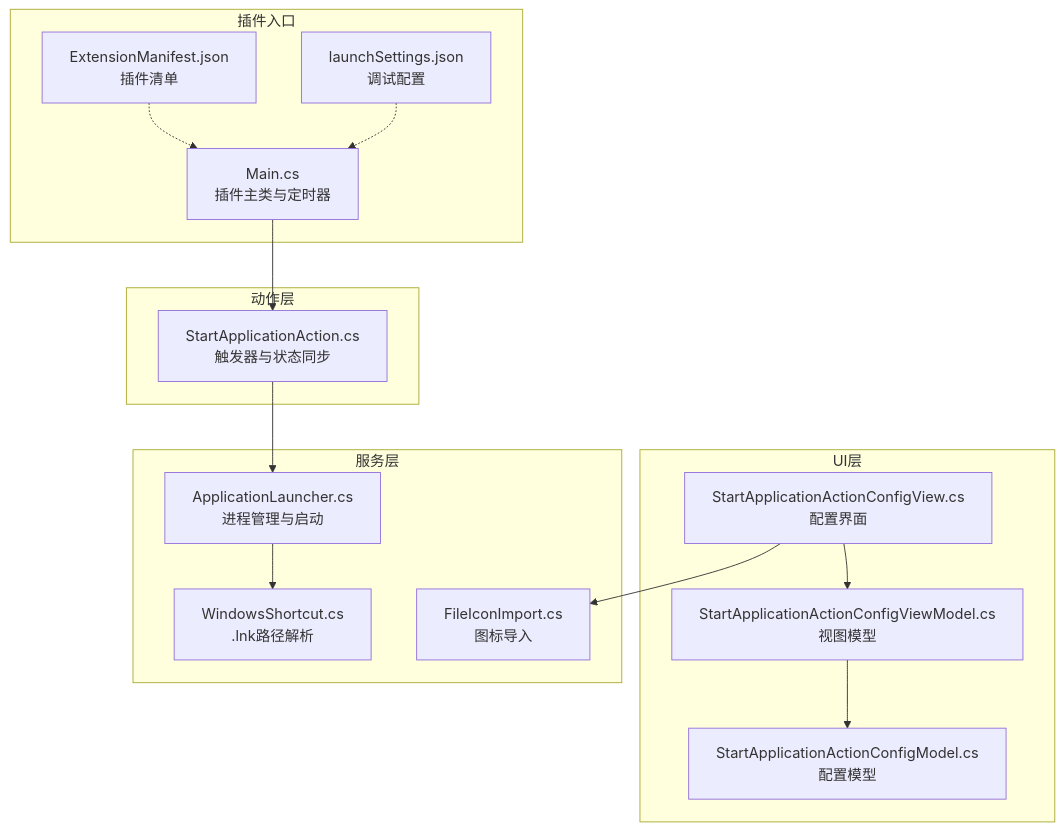
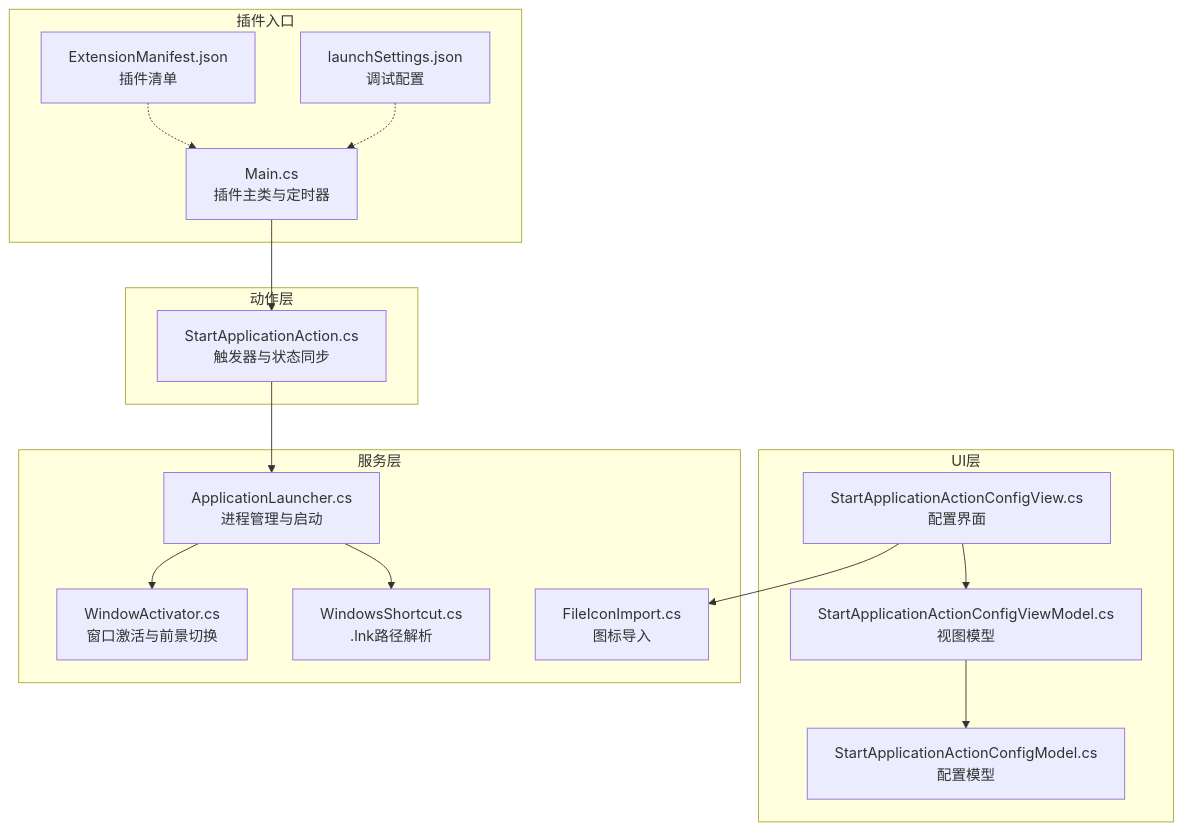
Before and after one commit to tea4go/Macro-Deck-Windows-Utils-Plugin: the first of 6 diagrams in .qoder/repowiki/zh/content/开发者指南/工具函数库/应用程序启动器.md, drawn with Mermaid. The commit also changed other lines of this file and 16 other files, not shown here.

````diff
--- a/.qoder/repowiki/zh/content/开发者指南/工具函数库/应用程序启动器.md
+++ b/.qoder/repowiki/zh/content/开发者指南/工具函数库/应用程序启动器.md
@@ -43,29 +53,31 @@
 ```mermaid
 graph TB
 subgraph "插件入口"
 MAIN["Main.cs<br/>插件主类与定时器"]
 MANIFEST["ExtensionManifest.json<br/>插件清单"]
 LAUNCH["launchSettings.json<br/>调试配置"]
 end
 subgraph "UI层"
 VIEW["StartApplicationActionConfigView.cs<br/>配置界面"]
 VM["StartApplicationActionConfigViewModel.cs<br/>视图模型"]
 MODEL["StartApplicationActionConfigModel.cs<br/>配置模型"]
 end
 subgraph "动作层"
 ACTION["StartApplicationAction.cs<br/>触发器与状态同步"]
 end
 subgraph "服务层"
 LAUNCHER["ApplicationLauncher.cs<br/>进程管理与启动"]
 SHORTCUT["WindowsShortcut.cs<br/>.lnk路径解析"]
 ICON["FileIconImport.cs<br/>图标导入"]
+WINDOWACTIVATOR["WindowActivator.cs<br/>窗口激活与前景切换"]
 end
 MAIN --> ACTION
 VIEW --> VM
 VM --> MODEL
 ACTION --> LAUNCHER
 LAUNCHER --> SHORTCUT
+LAUNCHER --> WINDOWACTIVATOR
 VIEW --> ICON
 MANIFEST -.-> MAIN
 LAUNCH -.-> MAIN
 ```
````
